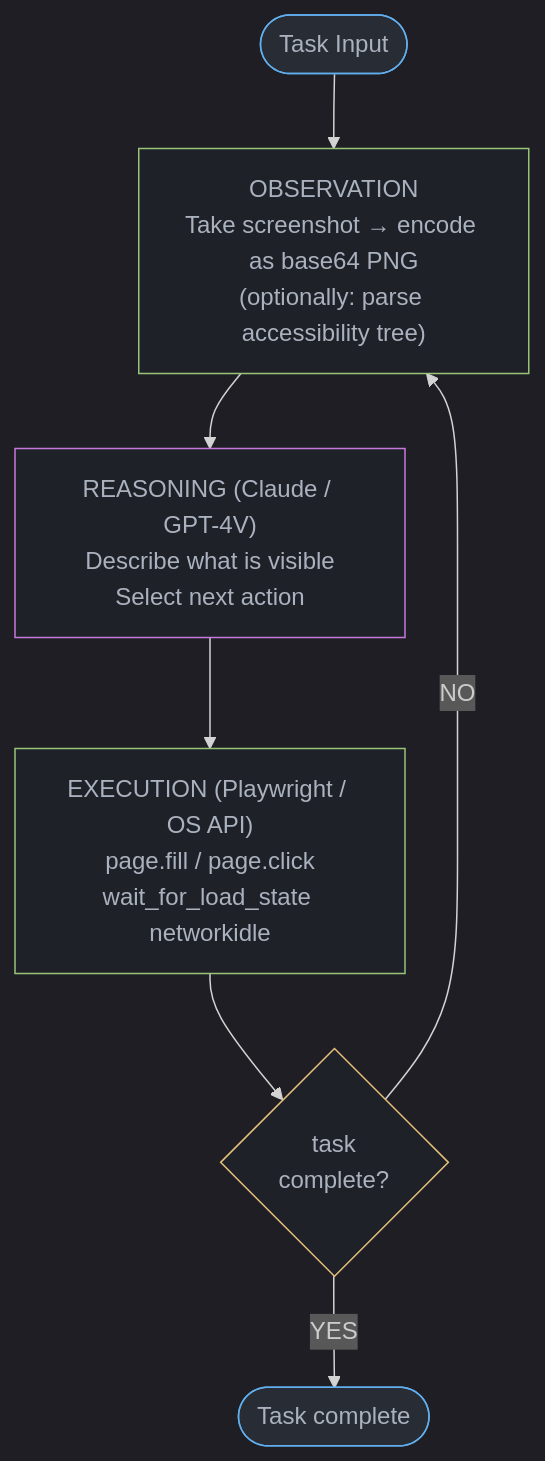
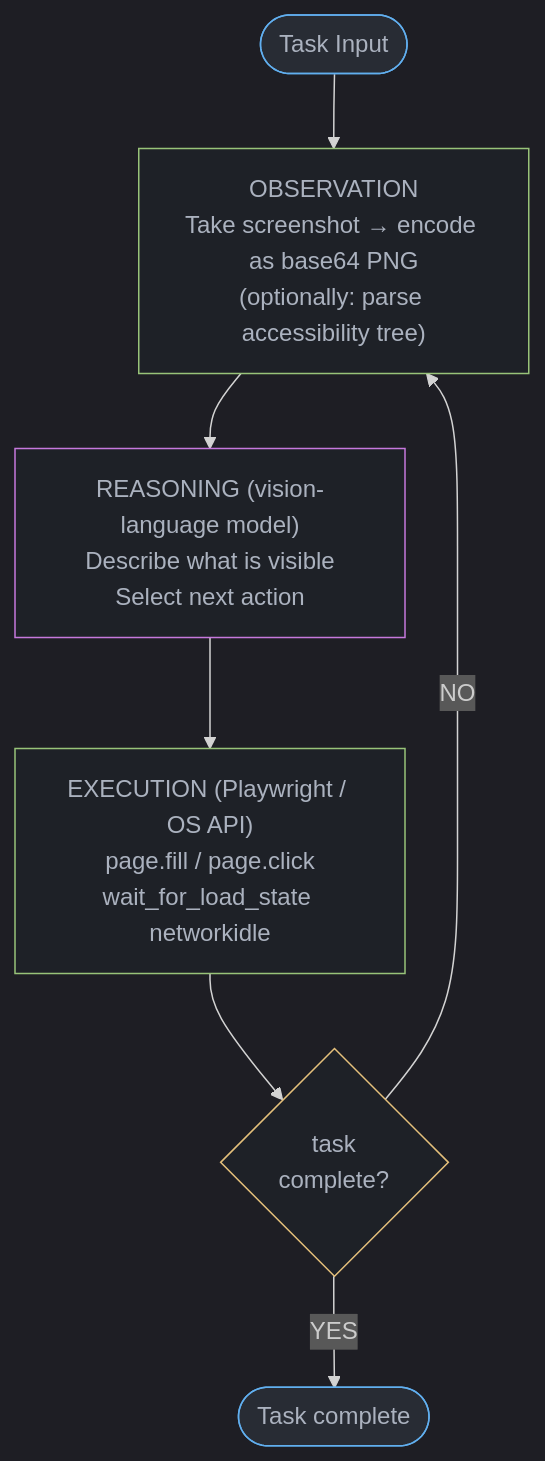
Before and after one commit to rppol/system-design: the first of 3 diagrams in src/main/java/com/rutik/systemdesign/llm/agents_and_tool_use/computer_use_and_browser_agents.md, drawn with Mermaid. The commit also changed other lines of this file and 113 other files, not shown here.

````diff
--- a/src/main/java/com/rutik/systemdesign/llm/agents_and_tool_use/computer_use_and_browser_agents.md
+++ b/src/main/java/com/rutik/systemdesign/llm/agents_and_tool_use/computer_use_and_browser_agents.md
@@ -382,20 +397,20 @@
 ```mermaid
 %%{init: {'flowchart': {'curve': 'basis'}, 'theme': 'dark'}}%%
 flowchart TD
     Task([Task Input]) --> Observe
     Observe["OBSERVATION\nTake screenshot → encode as base64 PNG\n(optionally: parse accessibility tree)"] --> Reason
-    Reason["REASONING (Claude / GPT-4V)\nDescribe what is visible\nSelect next action"] --> Execute
+    Reason["REASONING (vision-language model)\nDescribe what is visible\nSelect next action"] --> Execute
     Execute["EXECUTION (Playwright / OS API)\npage.fill / page.click\nwait_for_load_state networkidle"] --> Done{"task\ncomplete?"}
     Done -- NO --> Observe
     Done -- YES --> Output([Task complete])
 
     classDef io     fill:#282c34,stroke:#61afef,color:#abb2bf
     classDef proc   fill:#1e2127,stroke:#98c379,color:#abb2bf
     classDef llm    fill:#1e2127,stroke:#c678dd,color:#abb2bf
     classDef decide fill:#1e2127,stroke:#e5c07b,color:#abb2bf
 
     class Task,Output io
     class Observe,Execute proc
     class Reason llm
     class Done decide
 ```
````
